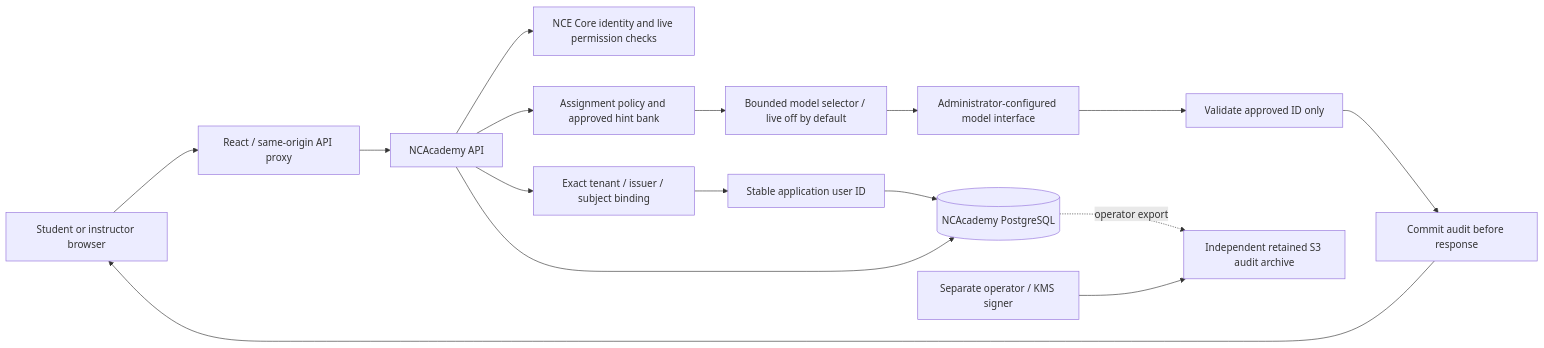
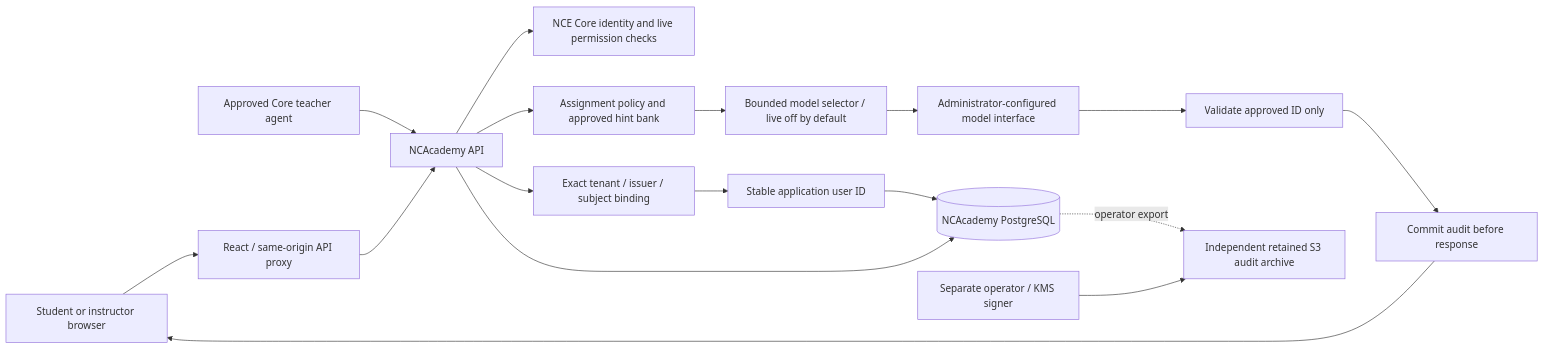
One commit to NorthCountryEngineer/NCAcademy changed the diagram in docs/architecture.md. Above: the diagram before and after it, drawn with Mermaid. The commit also changed other lines of this file and 42 other files, not shown here.

````diff
--- a/docs/architecture.md
+++ b/docs/architecture.md
@@ -5,18 +5,19 @@
 ```mermaid
 flowchart LR
     Browser[Student or instructor browser] --> Web[React / same-origin API proxy]
+    Agent[Approved Core teacher agent] --> API
     Web --> API[NCAcademy API]
     API --> Core[NCE Core identity and live permission checks]
     API --> Identity[Exact tenant / issuer / subject binding]
     Identity --> Owner[Stable application user ID]
     Owner --> DB
     API --> DB[(NCAcademy PostgreSQL)]
     API --> Policy[Assignment policy and approved hint bank]
     Policy --> Gateway[Bounded model selector / live off by default]
     Gateway --> Provider[Administrator-configured model interface]
     Provider --> Gate[Validate approved ID only]
     Gate --> Audit[Commit audit before response]
     Audit --> Browser
     DB -. operator export .-> Archive[Independent retained S3 audit archive]
     Operator[Separate operator / KMS signer] --> Archive
 ```
````
